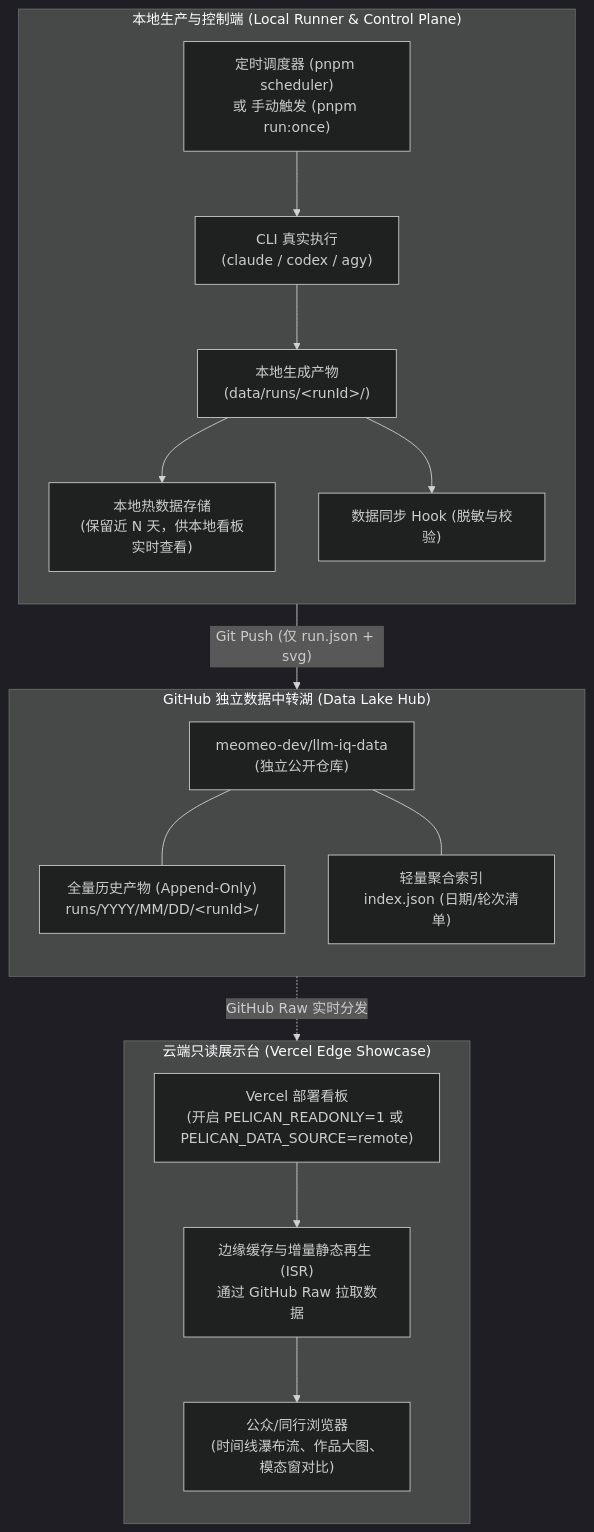
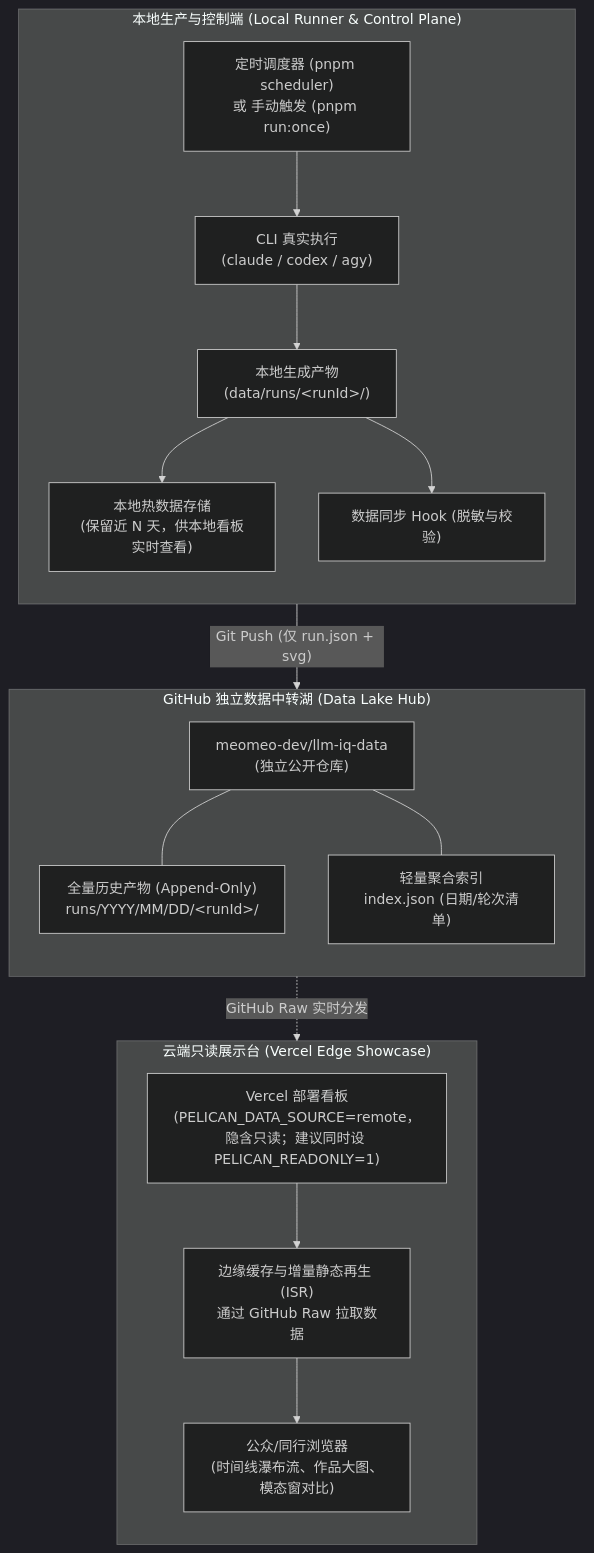
One commit to meomeo-dev/llm-iq-dashboard changed the first of 2 diagrams in docs/data-sync-architecture.md. Above: the diagram before and after it, drawn with Mermaid (dark theme). The commit also changed other lines of this file and 10 other files, not shown here.

````diff
--- a/docs/data-sync-architecture.md
+++ b/docs/data-sync-architecture.md
@@ -31,30 +31,30 @@
 ```mermaid
 flowchart TB
     subgraph 本地生产端 ["本地生产与控制端 (Local Runner & Control Plane)"]
         direction TB
         A1["定时调度器 (pnpm scheduler)<br/>或 手动触发 (pnpm run:once)"] --> A2["CLI 真实执行<br/>(claude / codex / agy)"]
         A2 --> A3["本地生成产物<br/>(data/runs/&lt;runId&gt;/)"]
         A3 --> A4["本地热数据存储<br/>(保留近 N 天，供本地看板实时查看)"]
         A3 --> A5["数据同步 Hook (脱敏与校验)"]
     end
 
     subgraph GitHub数据湖 ["GitHub 独立数据中转湖 (Data Lake Hub)"]
         direction TB
         B1["meomeo-dev/llm-iq-data<br/>(独立公开仓库)"]
         B2["全量历史产物 (Append-Only)<br/>runs/YYYY/MM/DD/&lt;runId&gt;/"]
         B3["轻量聚合索引<br/>index.json (日期/轮次清单)"]
         B1 --- B2
         B1 --- B3
     end
 
     subgraph 云端展示台 ["云端只读展示台 (Vercel Edge Showcase)"]
         direction TB
-        C1["Vercel 部署看板<br/>(开启 PELICAN_READONLY=1 或 PELICAN_DATA_SOURCE=remote)"]
+        C1["Vercel 部署看板<br/>(PELICAN_DATA_SOURCE=remote，隐含只读；建议同时设 PELICAN_READONLY=1)"]
         C2["边缘缓存与增量静态再生 (ISR)<br/>通过 GitHub Raw 拉取数据"]
         C3["公众/同行浏览器<br/>(时间线瀑布流、作品大图、模态窗对比)"]
         C1 --> C2 --> C3
     end
 
     A5 -->|"Git Push (仅 run.json + svg)"| B1
     B1 -.->|"GitHub Raw 实时分发"| C1
 ```
````
